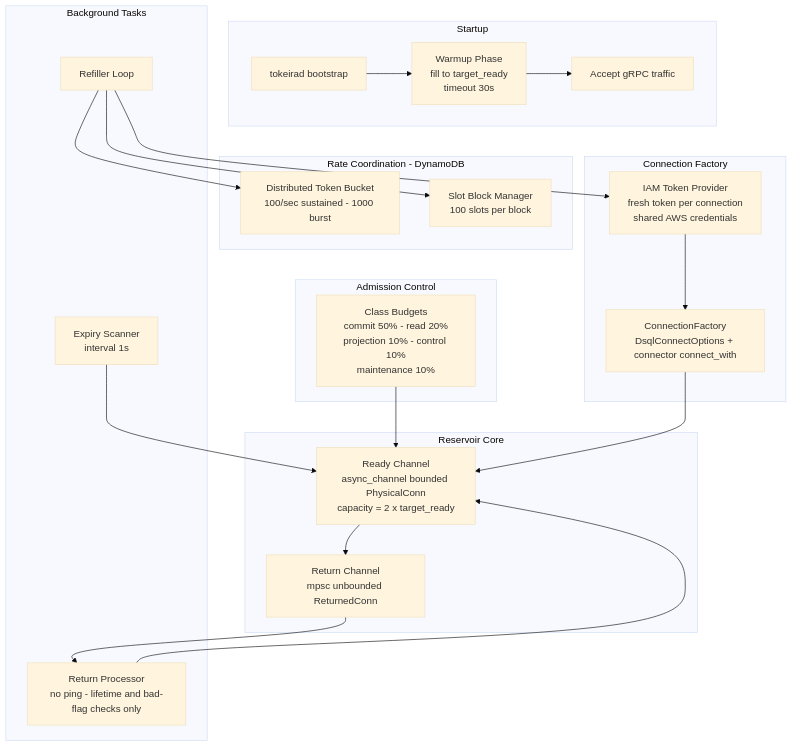
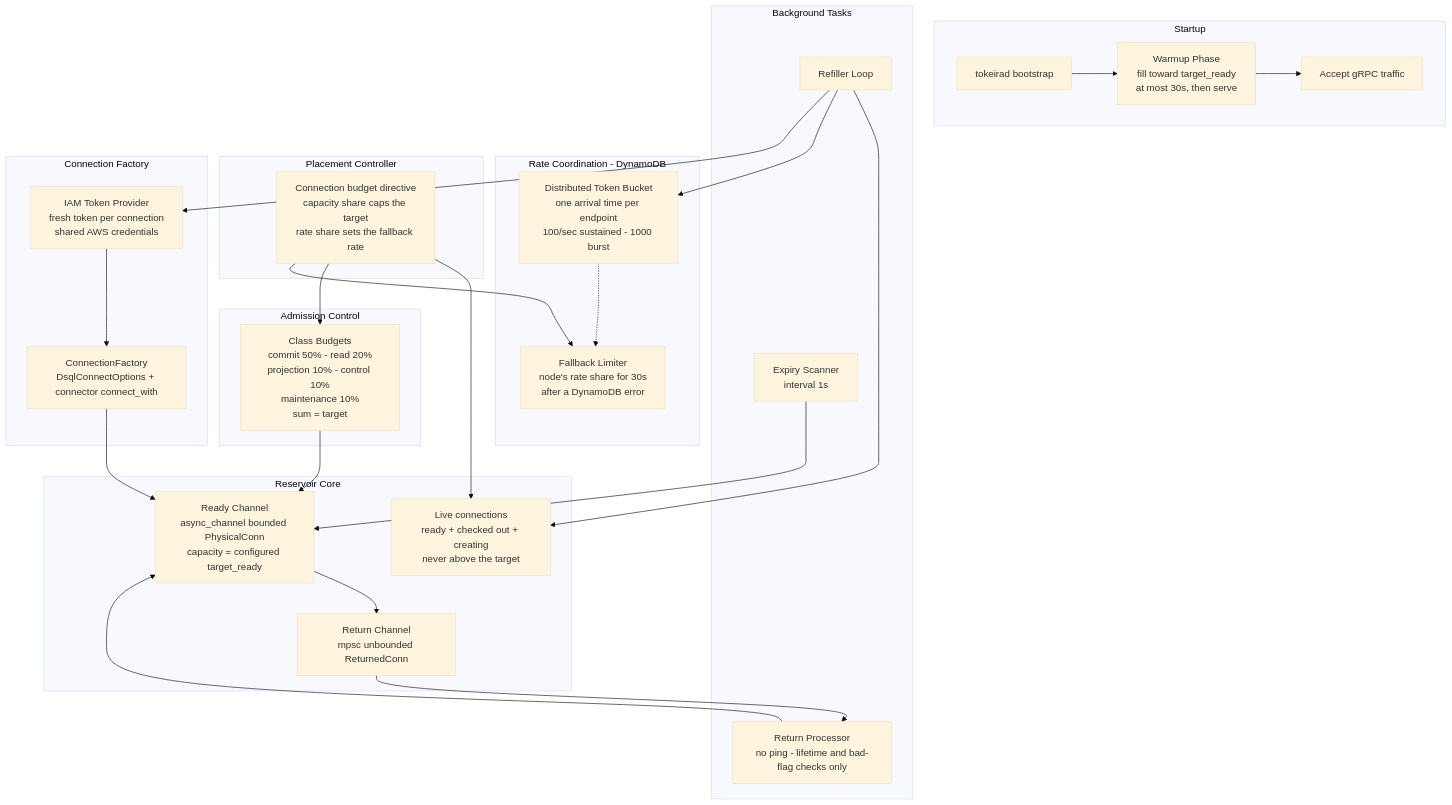
One commit to tokeira/tokeira changed the diagram in .kiro/specs/dsql-reservoir-redesign/design.md. Above: the diagram before and after it, drawn with Mermaid (base theme). The commit also changed other lines of this file and 6 other files, not shown here.

First line of the commit message:
spec: rework DSQL connection capacity, rate sharing and lifetimes

````diff
--- a/.kiro/specs/dsql-reservoir-redesign/design.md
+++ b/.kiro/specs/dsql-reservoir-redesign/design.md
@@ -24,46 +24,55 @@
 ```mermaid
 graph TD
     subgraph "Startup"
         BOOT[tokeirad bootstrap]
-        WARMUP[Warmup Phase<br/>fill to target_ready<br/>timeout 30s]
+        WARMUP[Warmup Phase<br/>fill toward target_ready<br/>at most 30s, then serve]
         GRPC[Accept gRPC traffic]
     end
 
     subgraph "Reservoir Core"
-        READY[Ready Channel<br/>async_channel bounded PhysicalConn<br/>capacity = 2 x target_ready]
+        READY[Ready Channel<br/>async_channel bounded PhysicalConn<br/>capacity = configured target_ready]
         RETURN_CH[Return Channel<br/>mpsc unbounded ReturnedConn]
+        LIVE[Live connections<br/>ready + checked out + creating<br/>never above the target]
     end
 
     subgraph "Background Tasks"
         REFILLER[Refiller Loop]
         SCANNER[Expiry Scanner<br/>interval 1s]
         RETURN_PROC[Return Processor<br/>no ping - lifetime and bad-flag checks only]
     end
 
     subgraph "Rate Coordination - DynamoDB"
-        DIST_BUCKET[Distributed Token Bucket<br/>100/sec sustained - 1000 burst]
-        SLOT_MGR[Slot Block Manager<br/>100 slots per block]
+        DIST_BUCKET[Distributed Token Bucket<br/>one arrival time per endpoint<br/>100/sec sustained - 1000 burst]
+        FALLBACK[Fallback Limiter<br/>node's rate share for 30s<br/>after a DynamoDB error]
+    end
+
+    subgraph "Placement Controller"
+        BUDGET[Connection budget directive<br/>capacity share caps the target<br/>rate share sets the fallback rate]
     end
 
     subgraph "Connection Factory"
         IAM[IAM Token Provider<br/>fresh token per connection<br/>shared AWS credentials]
         FACTORY[ConnectionFactory<br/>DsqlConnectOptions + connector connect_with]
     end
 
     subgraph "Admission Control"
-        CLASS[Class Budgets<br/>commit 50% - read 20%<br/>projection 10% - control 10%<br/>maintenance 10%]
+        CLASS[Class Budgets<br/>commit 50% - read 20%<br/>projection 10% - control 10%<br/>maintenance 10%<br/>sum = target]
     end
 
     BOOT --> WARMUP
     WARMUP --> GRPC
     CLASS --> READY
     READY --> RETURN_CH
     RETURN_CH --> RETURN_PROC
     RETURN_PROC --> READY
+    REFILLER --> LIVE
     REFILLER --> DIST_BUCKET
-    REFILLER --> SLOT_MGR
+    DIST_BUCKET -.-> FALLBACK
+    BUDGET --> LIVE
+    BUDGET --> CLASS
+    BUDGET --> FALLBACK
     REFILLER --> IAM
     IAM --> FACTORY
     FACTORY --> READY
     SCANNER --> READY
 ```
````
